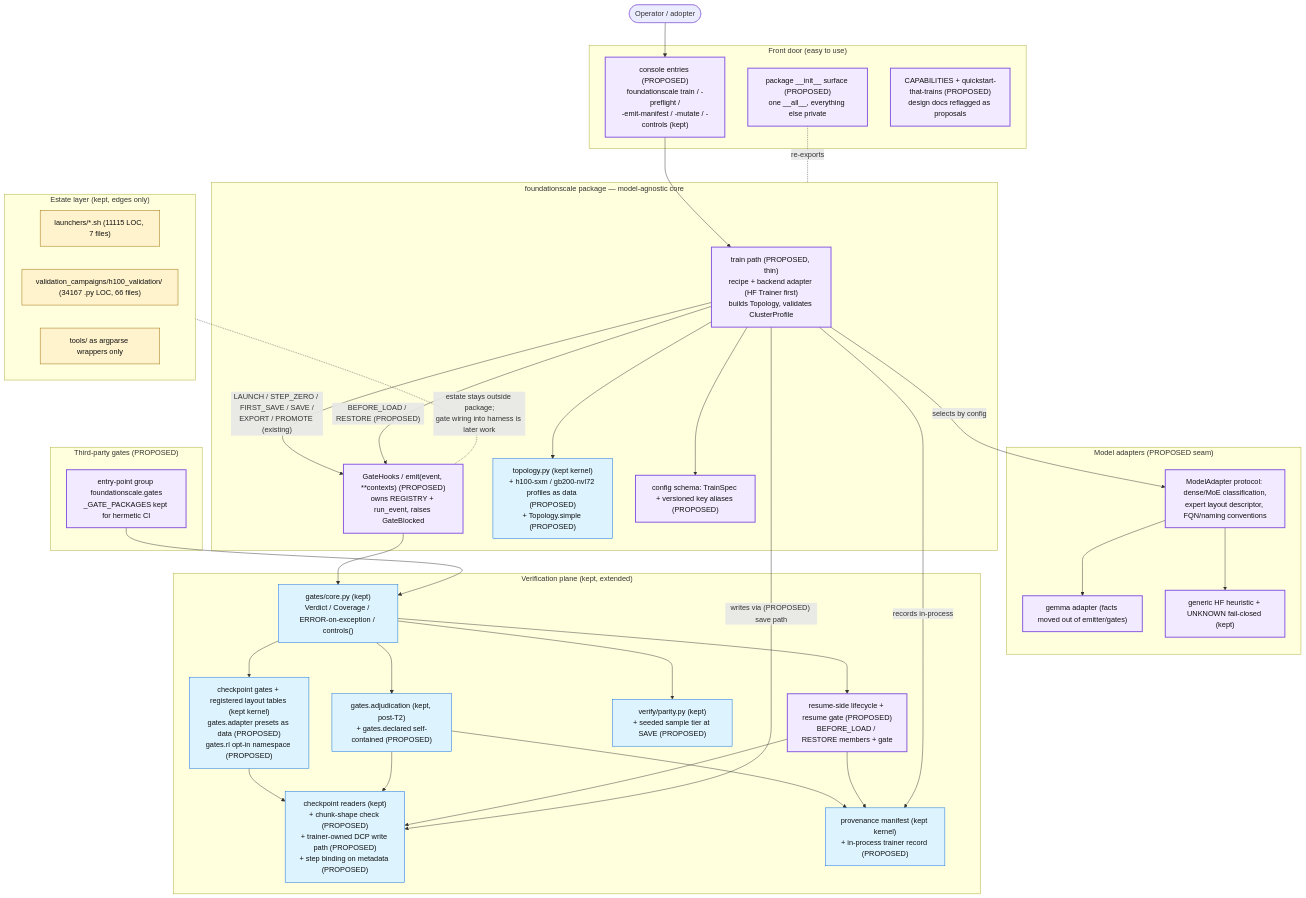
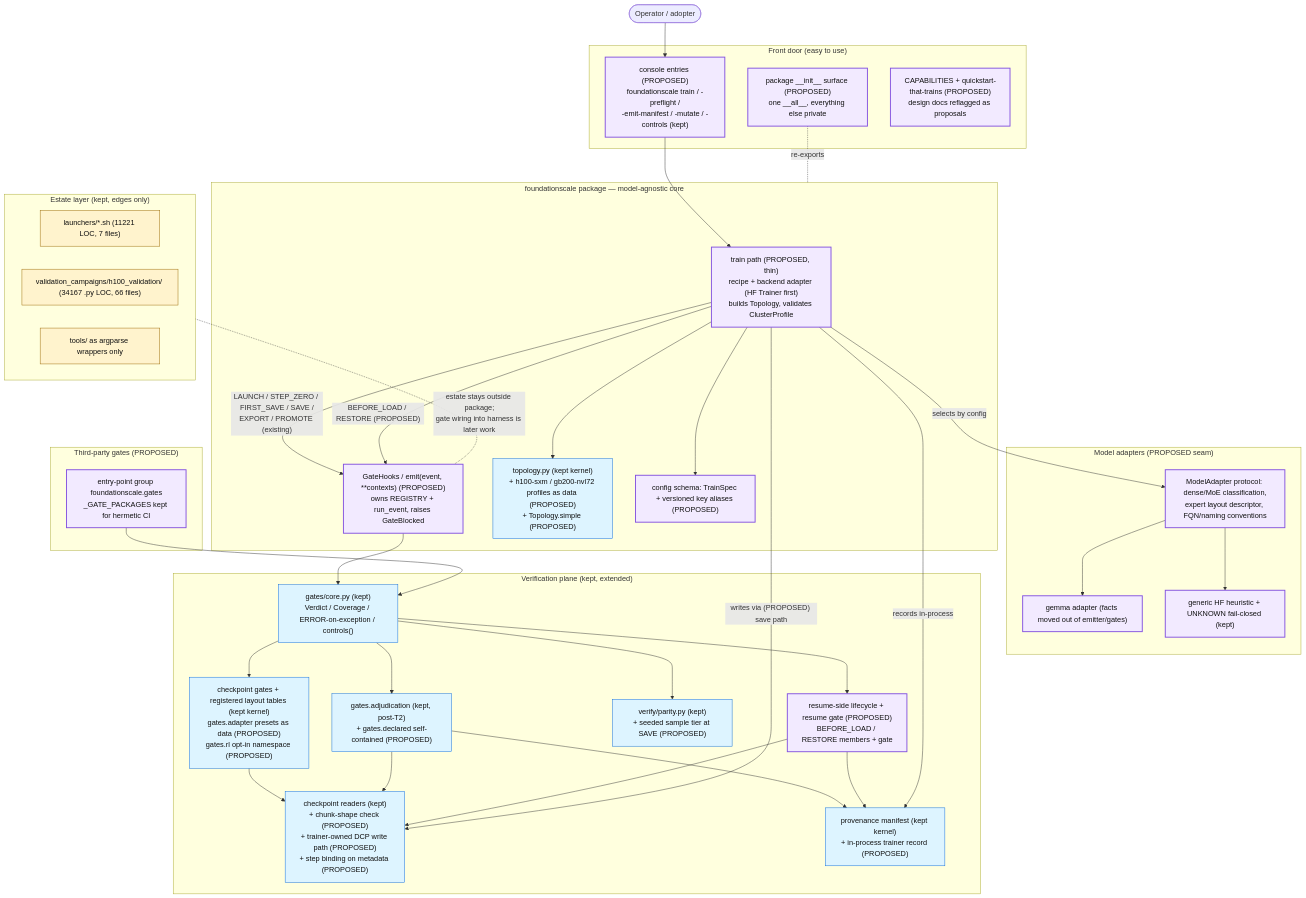
The diagram in docs/review/D5_proposed_architecture.md (TranNhiem/FoundationScale), drawn with Mermaid before and after one commit. The commit also changed other lines of this file and 13 other files, not shown here.

````diff
--- a/docs/review/D5_proposed_architecture.md
+++ b/docs/review/D5_proposed_architecture.md
@@ -13,74 +13,74 @@
 ```mermaid
 flowchart TB
   U(["Operator / adopter"])
 
   subgraph FRONT["Front door (easy to use)"]
     CLI["console entries (PROPOSED)<br/>foundationscale train / -preflight /<br/>-emit-manifest / -mutate / -controls (kept)"]
     SURF["package __init__ surface (PROPOSED)<br/>one __all__, everything else private"]
     DOCS["CAPABILITIES + quickstart-that-trains (PROPOSED)<br/>design docs reflagged as proposals"]
   end
 
   subgraph CORE["foundationscale package — model-agnostic core"]
     TRAIN["train path (PROPOSED, thin)<br/>recipe + backend adapter (HF Trainer first)<br/>builds Topology, validates ClusterProfile"]
     HOOKS["GateHooks / emit(event, **contexts) (PROPOSED)<br/>owns REGISTRY + run_event, raises GateBlocked"]
     TOPO["topology.py (kept kernel)<br/>+ h100-sxm / gb200-nvl72 profiles as data (PROPOSED)<br/>+ Topology.simple (PROPOSED)"]
     CONFIG["config schema: TrainSpec + versioned key aliases (PROPOSED)"]
   end
 
   subgraph ADAPT["Model adapters (PROPOSED seam)"]
     MA["ModelAdapter protocol: dense/MoE classification,<br/>expert layout descriptor, FQN/naming conventions"]
     GEM["gemma adapter (facts moved out of emitter/gates)"]
     HF["generic HF heuristic + UNKNOWN fail-closed (kept)"]
   end
 
   subgraph VERIFY["Verification plane (kept, extended)"]
     GCORE["gates/core.py (kept)<br/>Verdict / Coverage / ERROR-on-exception / controls()"]
     GCK["checkpoint gates + registered layout tables (kept kernel)<br/>gates.adapter presets as data (PROPOSED)<br/>gates.rl opt-in namespace (PROPOSED)"]
     ADJ["gates.adjudication (kept, post-T2)<br/>+ gates.declared self-contained (PROPOSED)"]
     PAR["verify/parity.py (kept)<br/>+ seeded sample tier at SAVE (PROPOSED)"]
     CKIO["checkpoint readers (kept)<br/>+ chunk-shape check (PROPOSED)<br/>+ trainer-owned DCP write path (PROPOSED)<br/>+ step binding on metadata (PROPOSED)"]
     PROV["provenance manifest (kept kernel)<br/>+ in-process trainer record (PROPOSED)"]
     RES["resume-side lifecycle + resume gate (PROPOSED)<br/>BEFORE_LOAD / RESTORE members + gate"]
   end
 
   subgraph PLUG["Third-party gates (PROPOSED)"]
     EP["entry-point group foundationscale.gates<br/>_GATE_PACKAGES kept for hermetic CI"]
   end
 
   subgraph ESTATE["Estate layer (kept, edges only)"]
-    LAU["launchers/*.sh (11115 LOC, 7 files)"]
+    LAU["launchers/*.sh (11221 LOC, 7 files)"]
     H100["validation_campaigns/h100_validation/ (34167 .py LOC, 66 files)"]
     WRAP["tools/ as argparse wrappers only"]
   end
 
   U --> CLI --> TRAIN
   SURF -. re-exports .- CORE
   TRAIN --> TOPO
   TRAIN --> CONFIG
   TRAIN -- "selects by config" --> MA
   MA --> GEM
   MA --> HF
   TRAIN -- "LAUNCH / STEP_ZERO / FIRST_SAVE / SAVE /<br/>EXPORT / PROMOTE (existing)" --> HOOKS
   TRAIN -- "BEFORE_LOAD / RESTORE (PROPOSED)" --> HOOKS
   HOOKS --> GCORE
   EP --> GCORE
   GCORE --> GCK
   GCORE --> ADJ
   GCORE --> PAR
   GCORE --> RES
   GCK --> CKIO
   ADJ --> CKIO
   ADJ --> PROV
   RES --> CKIO
   RES --> PROV
   TRAIN -- "writes via (PROPOSED) save path" --> CKIO
   TRAIN -- "records in-process" --> PROV
   ESTATE -. "estate stays outside package;<br/>gate wiring into harness is later work" .- HOOKS
 
   classDef new fill:#f2eaff,stroke:#8250df,stroke-width:2px,color:#111;
   classDef kept fill:#ddf4ff,stroke:#0969da,color:#111;
   classDef estate fill:#fff3cd,stroke:#9a6700,color:#111;
   class TRAIN,HOOKS,CLI,SURF,DOCS,MA,GEM,HF,RES,EP,CONFIG new;
   class GCORE,GCK,ADJ,PAR,CKIO,PROV,TOPO kept;
   class LAU,H100,WRAP estate;
 ```
````
